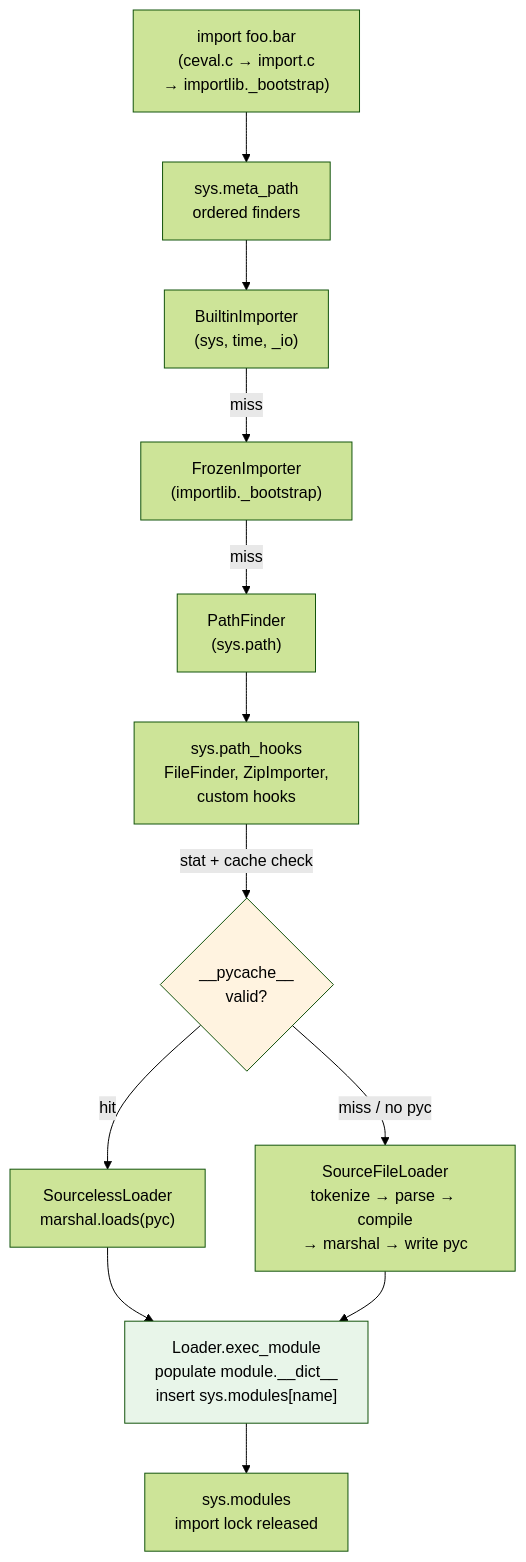
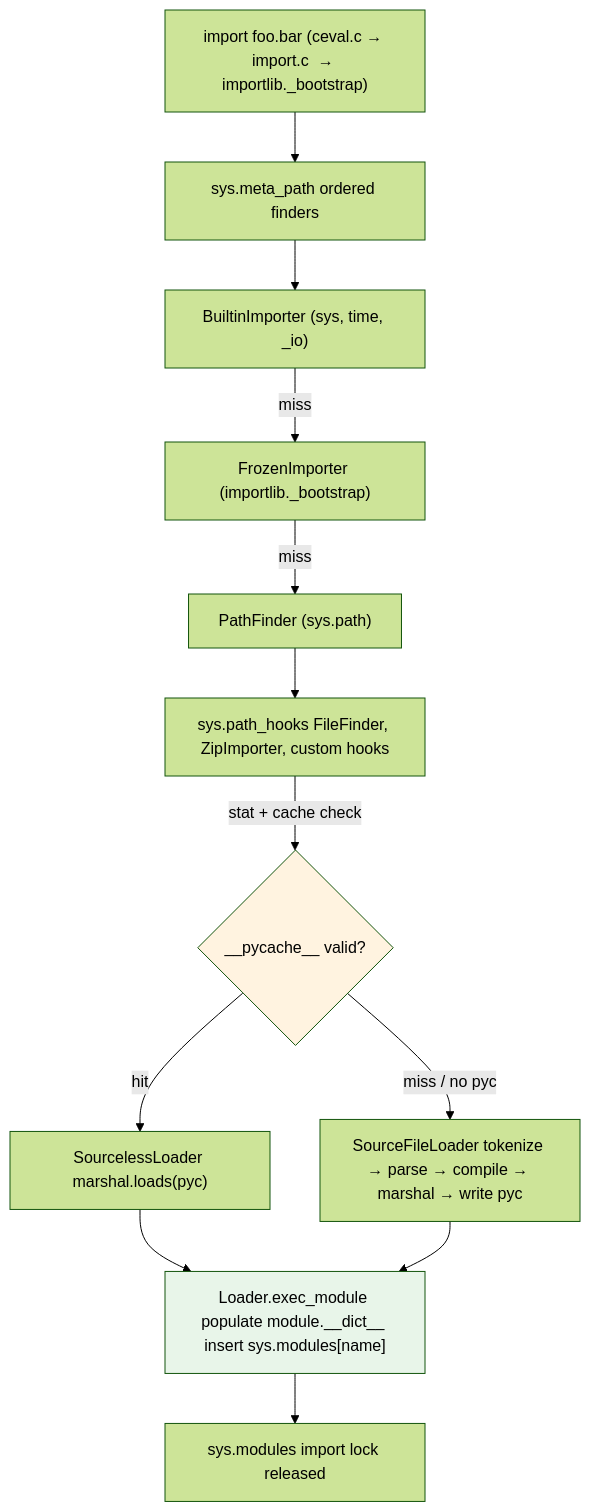
One commit to bumbsclaw/textbooks changed the fifth of 6 diagrams in vol-16-python-cpython-internals/ch01-cpython-architecture.md. Above: the diagram before and after it, drawn with Mermaid (forest theme). The commit also changed other lines of this file and 9 other files, not shown here.

First line of the commit message:
fix(pdf, mermaid): syntax-highlighted code blocks + diagram label fixes

````diff
--- a/vol-16-python-cpython-internals/ch01-cpython-architecture.md
+++ b/vol-16-python-cpython-internals/ch01-cpython-architecture.md
@@ -638,22 +638,22 @@
 ```mermaid
 flowchart TB
-    IMP["import foo.bar<br/>(ceval.c → import.c<br/> → importlib._bootstrap)"]
-    META["sys.meta_path<br/>ordered finders"]
-    F1["BuiltinImporter<br/>(sys, time, _io)"]
-    F2["FrozenImporter<br/>(importlib._bootstrap)"]
-    F3["PathFinder<br/>(sys.path)"]
-    HOOKS["sys.path_hooks<br/>FileFinder, ZipImporter,<br/>custom hooks"]
+    IMP["import foo.bar (ceval.c → import.c  → importlib._bootstrap)"]
+    META["sys.meta_path ordered finders"]
+    F1["BuiltinImporter (sys, time, _io)"]
+    F2["FrozenImporter (importlib._bootstrap)"]
+    F3["PathFinder (sys.path)"]
+    HOOKS["sys.path_hooks FileFinder, ZipImporter, custom hooks"]
 
     IMP --> META
     META --> F1 -->|miss| F2 -->|miss| F3
     F3 --> HOOKS
-    HOOKS -->|stat + cache check| PYC{"__pycache__<br/>valid?"}
-    PYC -->|hit| LOAD_PYC["SourcelessLoader<br/>marshal.loads(pyc)"]
-    PYC -->|miss / no pyc| LOAD_SRC["SourceFileLoader<br/>tokenize → parse → compile<br/>→ marshal → write pyc"]
-    LOAD_PYC --> EXEC["Loader.exec_module<br/>populate module.__dict__<br/>insert sys.modules[name]"]
+    HOOKS -->|stat + cache check| PYC{"__pycache__ valid?"}
+    PYC -->|hit| LOAD_PYC["SourcelessLoader marshal.loads(pyc)"]
+    PYC -->|miss / no pyc| LOAD_SRC["SourceFileLoader tokenize → parse → compile → marshal → write pyc"]
+    LOAD_PYC --> EXEC["Loader.exec_module populate module.__dict__ insert sys.modules[name]"]
     LOAD_SRC --> EXEC
-    EXEC --> MODS["sys.modules<br/>import lock released"]
+    EXEC --> MODS["sys.modules import lock released"]
 
     style PYC fill:#fff3e0
     style EXEC fill:#e8f5e9
 ```
````
